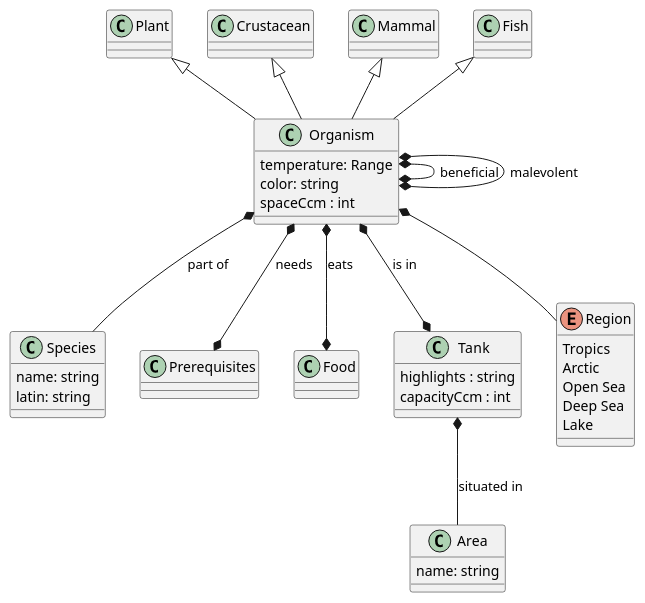
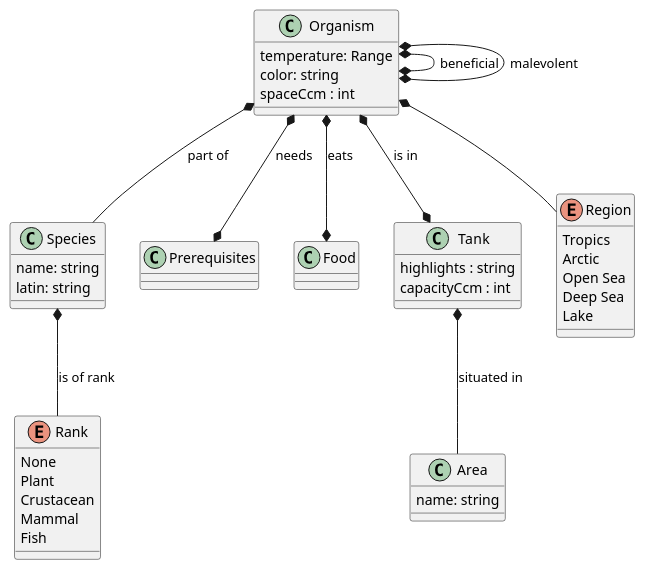
The diagram in Spg.Meixner.Pos.Aquarium.Angular/Models/domain.puml (maixnor/Spg.Meixner.Pos.Aquarium), drawn with PlantUML before and after one commit. The commit also changed 3 other files, not shown here.

Commit message:
Organism, Species, Rank with appropriate changes to domain.puml

```diff
--- a/Spg.Meixner.Pos.Aquarium.Angular/Models/domain.puml
+++ b/Spg.Meixner.Pos.Aquarium.Angular/Models/domain.puml
@@ -1,51 +1,49 @@
 @startuml
 'https://plantuml.com/class-diagram
 
 
 class Species {
     name: string
     latin: string
 }
 class Organism {
     temperature: Range
     color: string
     spaceCcm : int
 }
-class Mammal
-class Fish
-class Crustacean 
-class Plant
 class Prerequisites
 class Food
 class Tank {
     highlights : string
     capacityCcm : int
 }
 class Area {
     name: string
 }
 
 enum Region {
     Tropics
     Arctic
     Open Sea
     Deep Sea
     Lake
 }
+enum Rank {
+    None
+    Plant
+    Crustacean
+    Mammal
+    Fish
+}
 
+Species *-- Rank : is of rank
 Organism *-- Species : part of
 Organism *-- Region
 Organism *-up-* Organism : beneficial
 Organism *-right-* Organism : malevolent
 Organism *--* Tank : is in
 Organism *--* Prerequisites : needs
 Organism *--* Food : eats
 Tank *-- Area : situated in
 
-Organism -up-|> Fish
-Organism -up-|> Mammal
-Organism -up-|> Crustacean
-Organism -up-|> Plant
-
-
 @enduml
```
